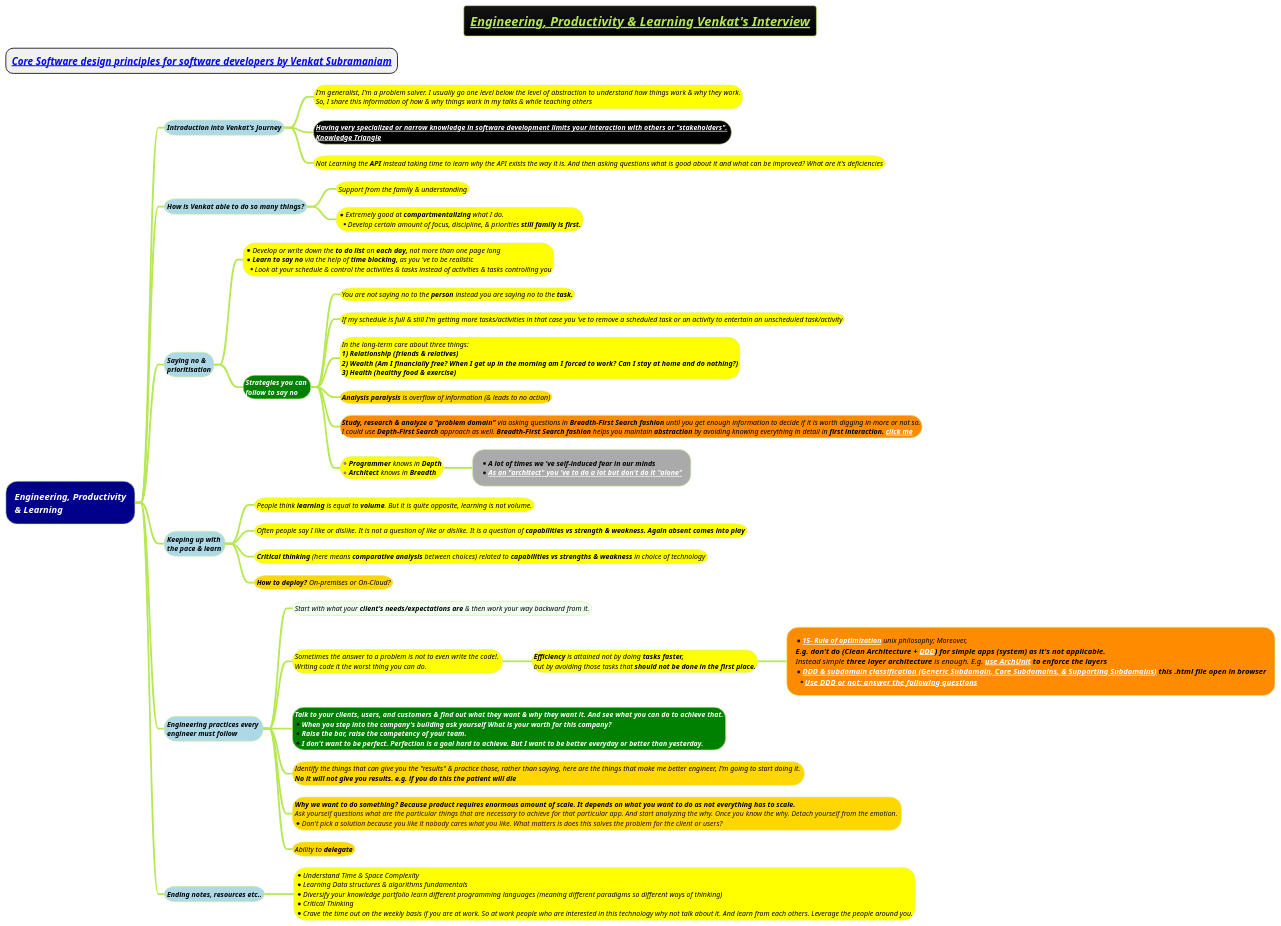
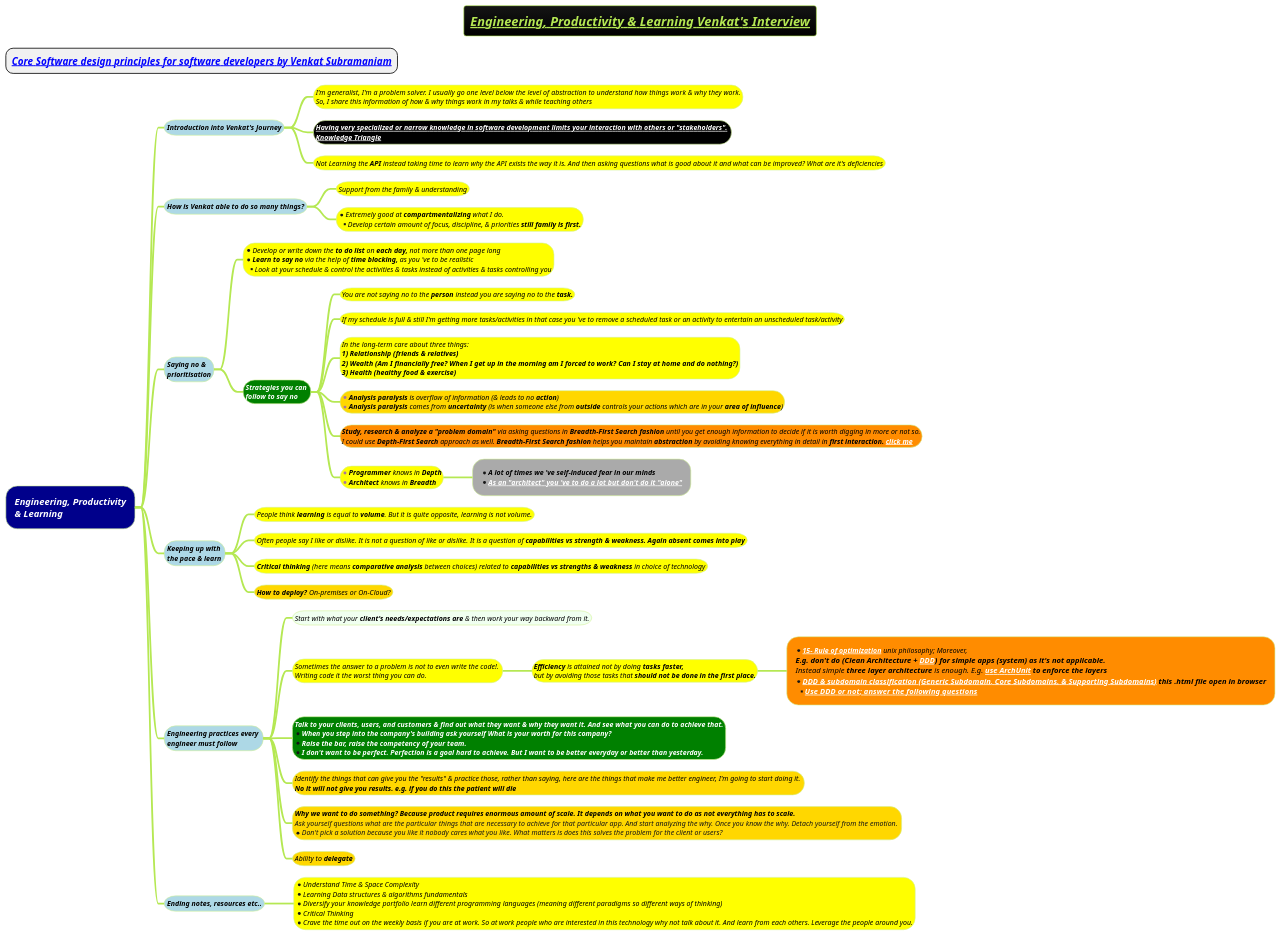
One commit to MehmoodHashmi/Documentation-as-Code-DaC changed the diagram in docs/3-programming-languages/Venkat-Subramaniam/Engineering-Productivity-and-Learning.puml. Above: the diagram before and after it, drawn with PlantUML. The commit also changed 2 other files, not shown here.

```diff
--- a/docs/3-programming-languages/Venkat-Subramaniam/Engineering-Productivity-and-Learning.puml
+++ b/docs/3-programming-languages/Venkat-Subramaniam/Engineering-Productivity-and-Learning.puml
@@ -1,69 +1,69 @@
 @startmindmap
 title =<i><b><u><size:18>Engineering, Productivity & Learning Venkat's Interview
 
 * ===<i><b>[[docs/3-programming-languages/Venkat-Subramaniam/Core-Software-design-principles-for-software-developers.puml Core Software design principles for software developers by Venkat Subramaniam]]
 !theme hacker
 
 *[#darkblue] <color:white><i>Engineering, Productivity\n<color:white><i>& Learning
 **[#lightblue] <i><color #black><size:12>Introduction into Venkat's Journey
 ***[#yellow]:<i><color #black><size:12>I'm generalist, I'm a problem solver. I usually go one level below the level of abstraction to understand how things work & why they work.
 <i><color #black><size:12>So, I share this information of how & why things work in my talks & while teaching others;
 ***[#black] <b><i><color #black><size:12>[[docs/3-programming-languages/Venkat-Subramaniam/images/img_396.png Having very specialized or narrow knowledge in software development limits your interaction with others or "stakeholders".]] \n<b><i><color #black><size:12>[[docs/3-programming-languages/Venkat-Subramaniam/images/img_245.png Knowledge Triangle]]
 ***[#yellow] <i><color #black><size:12>Not Learning the **API** instead taking time to learn why the API exists the way it is. And then asking questions what is good about it and what can be improved? What are it's deficiencies
 
 **[#lightblue] <i><color #black><size:12>How is Venkat able to do so many things?
 ***[#yellow] <i><color #black><size:12>Support from the family & understanding
 ***[#yellow] *<i><color #black><size:12>Extremely good at **compartmentalizing** what I do. \n**<i><color #black><size:12>Develop certain amount of focus, discipline, & priorities <b>still family is first.
 
 
 **[#lightblue] <i><color #black><size:12>Saying no & \n<i><color #black><size:12>prioritisation
 ***[#yellow]:*<i><color #black><size:12>Develop or write down the **to do list** on **each day,** not more than one page long
 *<i><color #black><size:12>**Learn to say no** via the help of **time blocking,** as you 've to be realistic
 **<i><color #black><size:12>Look at your schedule & control the activities & tasks instead of activities & tasks controlling you;
 ***[#green] <i><color #white><b><size:12>Strategies you can \n<i><color #white><b><size:12>follow to say no
 ****[#yellow] <i><color #black><size:12>You are not saying no to the **person** instead you are saying no to the <b>task.
 ****[#yellow] <i><color #black><size:12>If my schedule is full & still I'm getting more tasks/activities in that case you 've to remove a scheduled task or an activity to entertain an unscheduled task/activity
 
 ****[#yellow]:<i><color #black><size:12>In the long-term care about three things:
 <i><color #black><size:12><b>1) Relationship (friends & relatives)
 <i><color #black><size:12><b>2) Wealth (Am I financially free? When I get up in the morning am I forced to work? Can I stay at home and do nothing?)
 <i><color #black><size:12><b>3) Health (healthy food & exercise);
-****[#gold] <i><color #black><size:12>**Analysis paralysis** is overflow of information (& leads to no action)
+****[#gold] *<i><color #black><size:12>**Analysis paralysis** is overflow of information (& leads to no **action**) \n*<i><color #black><size:12>**Analysis paralysis** comes from **uncertainty** (is when someone else from **outside** controls your actions which are in your **area of influence**)
 
 ****[#darkorange]:<i><color #black><size:12>**Study, research & analyze a "problem domain"** via asking questions in **Breadth-First Search fashion** until you get enough information to decide if it is worth digging in more or not so.
 <i><color #black><size:12>I could use **Depth-First Search** approach as well. **Breadth-First Search fashion** helps you maintain **abstraction** by avoiding knowing everything in detail in <b>first interaction. [[docs/3-programming-languages/Venkat-Subramaniam/images/img_245.png click me]];
 ****[#yellow] *<i><color #black><size:12>**Programmer** knows in <b>Depth \n*<i><color #black><size:12>**Architect** knows in <b>Breadth
 *****[#a] *<b><i><color #black><size:12>A lot of times we 've self-induced fear in our minds \n*<i><color #black><size:12><b>[[docs/3-programming-languages/Venkat-Subramaniam/images/img_431.png As an  "architect" you 've to do a lot but don't do it "alone"]]
 
 
 **[#lightblue] <i><color #black><size:12>Keeping up with \n<i><color #black><size:12>the pace & learn
 ***[#yellow] <i><color #black><size:12>People think **learning** is equal to **volume**. But it is quite opposite, learning is not volume.
 ***[#yellow] <i><color #black><size:12>Often people say I like or dislike. It is not a question of like or dislike. It is a question of <b>capabilities vs strength & weakness. Again absent comes into play
 ***[#yellow] <i><color #black><size:12>**Critical thinking** (here means **comparative analysis** between choices) related to **capabilities vs strengths & weakness** in choice of technology
 ***[#gold] <i><color #black><size:12>**How to deploy?** On-premises or On-Cloud?
 **[#lightblue] <i><color #black><size:12>Engineering practices every \n<i><color #black><size:12>engineer must follow
 ***[#honeydew] <i><color #black><size:12>Start with what your **client's needs/expectations are** & then work your way backward from it.
 ***[#yellow] <i><color #black><size:12>Sometimes the answer to a problem is not to even write the code!. \n<i><color #black><size:12>Writing code it the worst thing you can do.
 ****[#yellow] <i><color #black><size:12><b>Efficiency</b> is attained not by doing <b>tasks faster,\n<i><color #black><size:12>but by avoiding those tasks that <b>should not be done in the first place.
 *****[#darkorange]:*<i><color #black><size:12>**[[docs/3-programming-languages/Venkat-Subramaniam/Unix-Philosophy.puml 15- Rule of optimization]]** unix philosophy; Moreover,
 <i><color #black><size:13><b>E.g. don't do (Clean Architecture + [[docs/3-programming-languages/Venkat-Subramaniam/images/img_55.jpg DDD]]) for simple apps (system) as it's not applicable.
 <i><color #black><size:13>Instead simple **three layer architecture** is enough. E.g. <b>[[docs/3-programming-languages/clean-architecture/archunit.adoc use ArchUnit]] to enforce the layers
 *<i><color #black><size:13><b>[[docs/3-programming-languages/Venkat-Subramaniam/gif/DDD-and-subdomain-classification.html DDD & subdomain classification (Generic Subdomain, Core Subdomains, & Supporting Subdomains)]] this .html file open in browser
 **<i><color #black><size:13><b>[[docs/3-programming-languages/Venkat-Subramaniam/images/DDD-and-questions.drawio.png Use DDD or not; answer the following  questions]];
 ***[#green]:<i><color #white><b><size:12>Talk to your clients, users, and customers & find out what they want & why they want it. And see what you can do to achieve that.
 *<i><color #white><b><size:12>When you step into the company's building ask yourself What is your worth for this company?
 *<i><color #white><b><size:12>Raise the bar, raise the competency of your team.
 *<i><color #white><b><size:12>I don't want to be perfect. Perfection is a goal hard to achieve. But I want to be better everyday or better than yesterday.;
 ***[#gold] <i><color #black><size:12>Identify the things that can give you the "results" & practice those, rather than saying, here are the things that make me better engineer, I'm going to start doing it. \n<i><color #black><b><size:12>No it will not give you results. e.g. if you do this the patient will die
 ***[#gold] <i><color #black><b><size:12>Why we want to do something? Because product requires enormous amount of scale. It depends on what you want to do as not everything has to scale. \n<i>Ask yourself questions what are the particular things that are necessary to achieve for that particular app. And start analyzing the why. Once you know the why. Detach yourself from the emotion. \n*<i>Don't pick a solution because you like it nobody cares what you like. What matters is does this solves the problem for the client or users?
 ***[#gold] <i><color #black><size:12>Ability to <b>delegate
 
 **[#lightblue] <i><color #black><size:12>Ending notes, resources etc..
 
 ***[#yellow]:*<i><color #black><size:12>Understand Time & Space Complexity
 *<i><color #black><size:12>Learning Data structures & algorithms fundamentals
 *<i><color #black><size:12>Diversify your knowledge portfolio learn different programming languages (meaning different paradigms so different ways of thinking)
 *<i><color #black><size:12>Critical Thinking
 *<i><color #black><size:12>Crave the time out on the weekly basis if you are at work. So at work people who are interested in this technology why not talk about it. And learn from each others. Leverage the people around you.;
 
 @endmindmap
```
